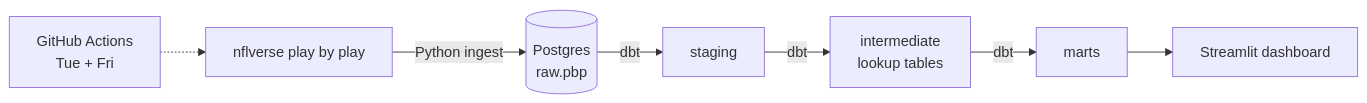
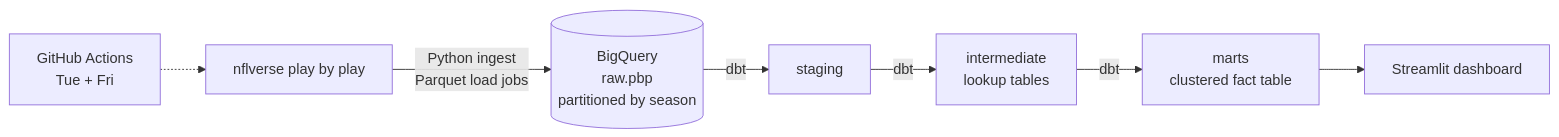
Before and after one commit to npnair/nfl-4th-down-audit: the diagram in README.md, drawn with Mermaid. The commit also changed other lines of this file and 23 other files, not shown here.

First line of the commit message:
Move the warehouse to BigQuery, keeping Postgres for local dev

````diff
--- a/README.md
+++ b/README.md
@@ -18,9 +18,9 @@
 ```mermaid
 flowchart LR
-    A[nflverse play by play] -->|Python ingest| B[(Postgres<br/>raw.pbp)]
+    A[nflverse play by play] -->|Python ingest<br/>Parquet load jobs| B[(BigQuery<br/>raw.pbp<br/>partitioned by season)]
     B -->|dbt| C[staging]
     C -->|dbt| D[intermediate<br/>lookup tables]
-    D -->|dbt| E[marts]
+    D -->|dbt| E[marts<br/>clustered fact table]
     E --> F[Streamlit dashboard]
     G[GitHub Actions<br/>Tue + Fri] -.-> A
 ```
````
